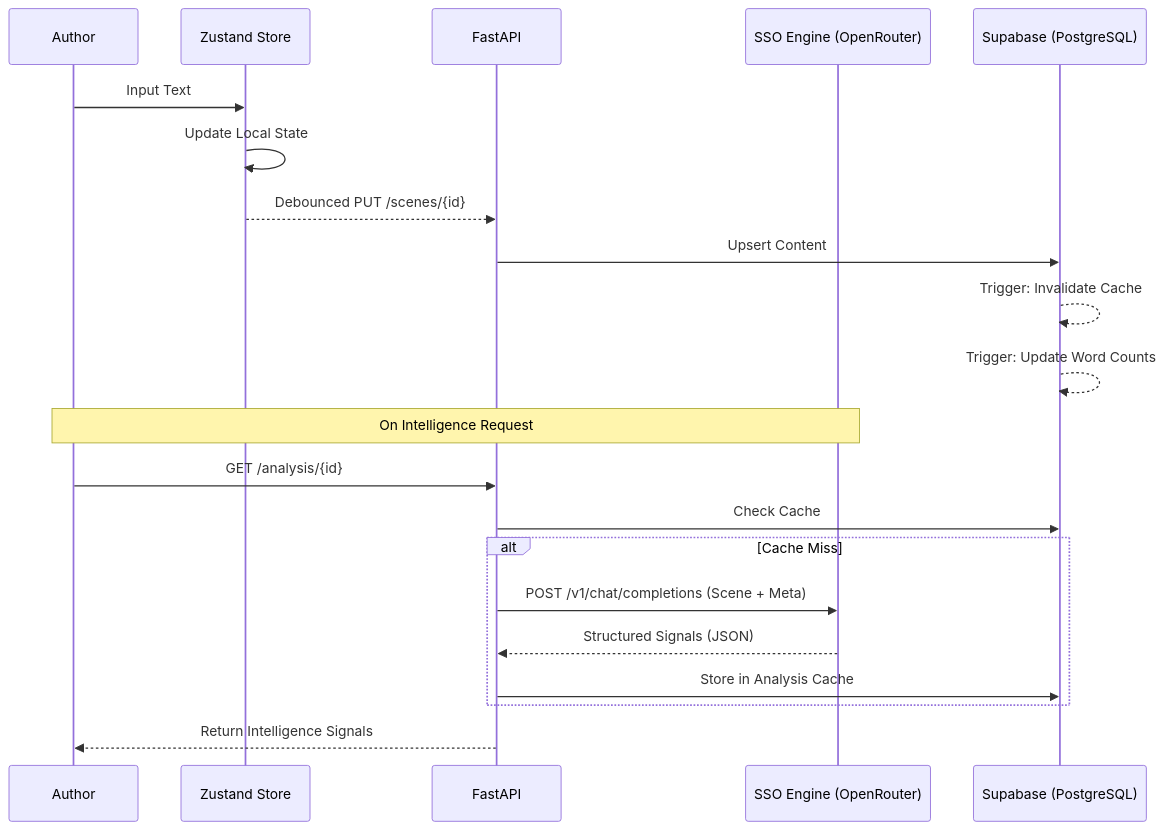
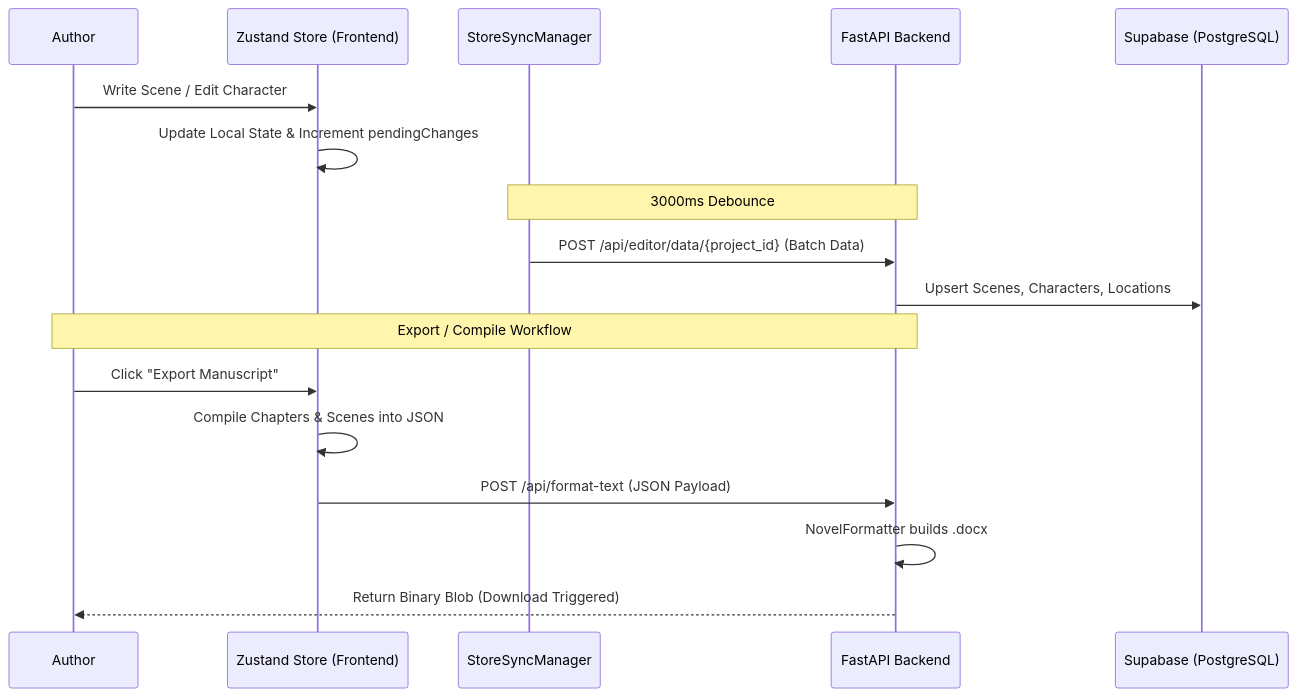
The diagram in README.md (likhithmamba/Author-Studio-Pro), drawn with Mermaid before and after one commit. The commit also changed other lines of this file and 6 other files, not shown here.

````diff
--- a/README.md
+++ b/README.md
@@ -70,25 +75,21 @@
 ```mermaid
 sequenceDiagram
     participant User as Author
-    participant Store as Zustand Store
-    participant API as FastAPI
-    participant AI as SSO Engine (OpenRouter)
+    participant Store as Zustand Store (Frontend)
+    participant Sync as StoreSyncManager
+    participant API as FastAPI Backend
     participant DB as Supabase (PostgreSQL)
 
-    User->>Store: Input Text
-    Store->>Store: Update Local State
-    Store-->>API: Debounced PUT /scenes/{id}
-    API->>DB: Upsert Content
-    DB-->>DB: Trigger: Invalidate Cache
-    DB-->>DB: Trigger: Update Word Counts
+    User->>Store: Write Scene / Edit Character
+    Store->>Store: Update Local State & Increment pendingChanges
+    Note over Sync, API: 3000ms Debounce
+    Sync->>API: POST /api/editor/data/{project_id} (Batch Data)
+    API->>DB: Upsert Scenes, Characters, Locations
     
-    Note over User, AI: On Intelligence Request
-    User->>API: GET /analysis/{id}
-    API->>DB: Check Cache
-    alt Cache Miss
-        API->>AI: POST /v1/chat/completions (Scene + Meta)
-        AI-->>API: Structured Signals (JSON)
-        API->>DB: Store in Analysis Cache
-    end
-    API-->>User: Return Intelligence Signals
+    Note over User, API: Export / Compile Workflow
+    User->>Store: Click "Export Manuscript"
+    Store->>Store: Compile Chapters & Scenes into JSON
+    Store->>API: POST /api/format-text (JSON Payload)
+    API->>API: NovelFormatter builds .docx
+    API-->>User: Return Binary Blob (Download Triggered)
 ```
````
